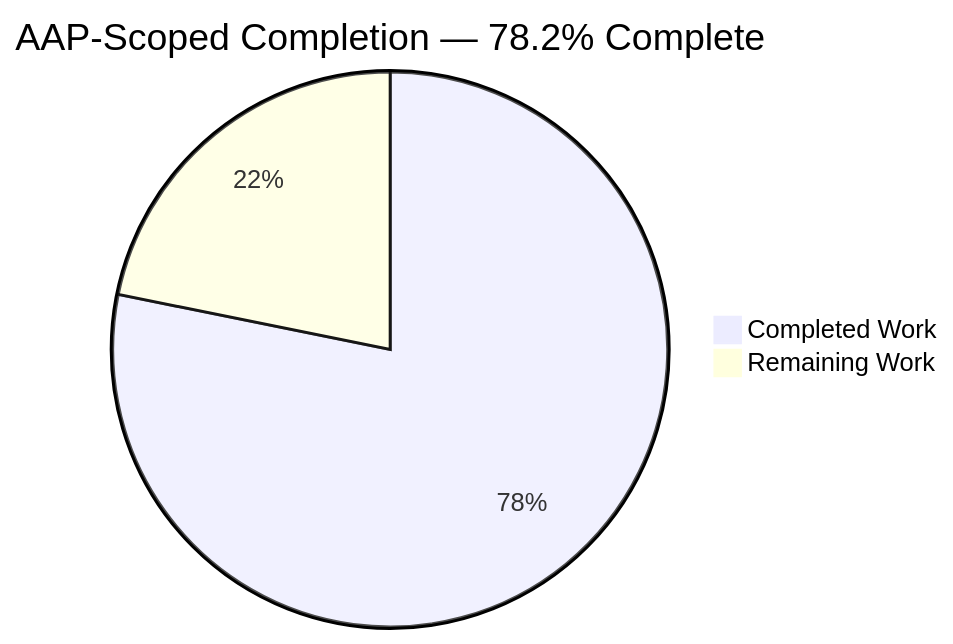
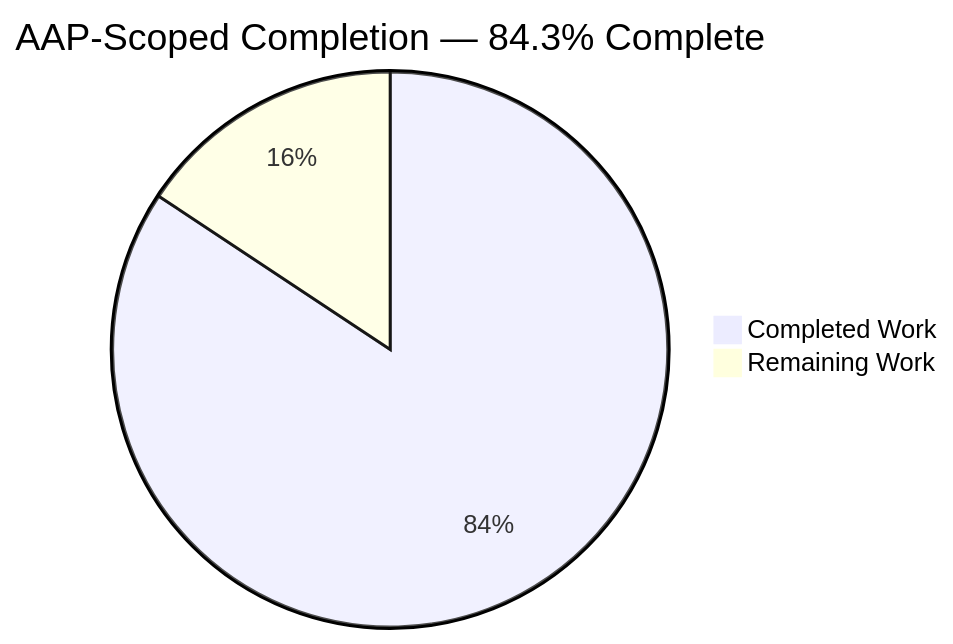
One commit to blitzy-public-samples/erpnext-frappe-sample changed the first of 4 diagrams in blitzy/documentation/Project Guide.md. Above: the diagram before and after it, drawn with Mermaid. The commit also changed other lines of this file, not shown here.

First line of the commit message:
docs(project-guide): drop deployment hardening and browser regression suite from remaining work

````diff
--- a/blitzy/documentation/Project Guide.md
+++ b/blitzy/documentation/Project Guide.md
@@ -9,5 +9,5 @@
 ```mermaid
-pie title AAP-Scoped Completion — 78.2% Complete
+pie title AAP-Scoped Completion — 84.3% Complete
     "Completed Work" : 301
-    "Remaining Work" : 84
+    "Remaining Work" : 56
 ```
````
